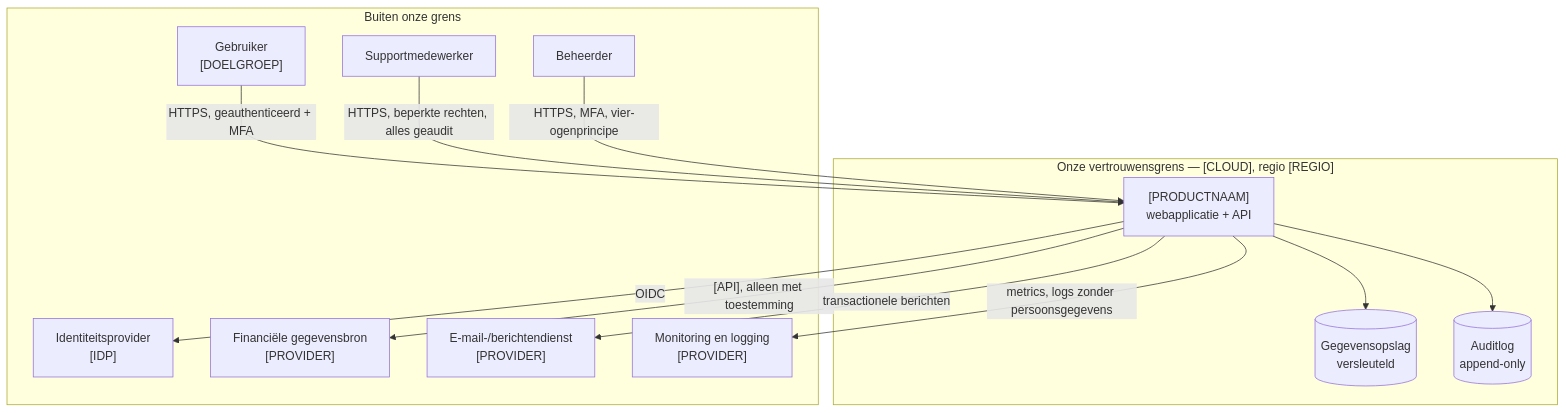
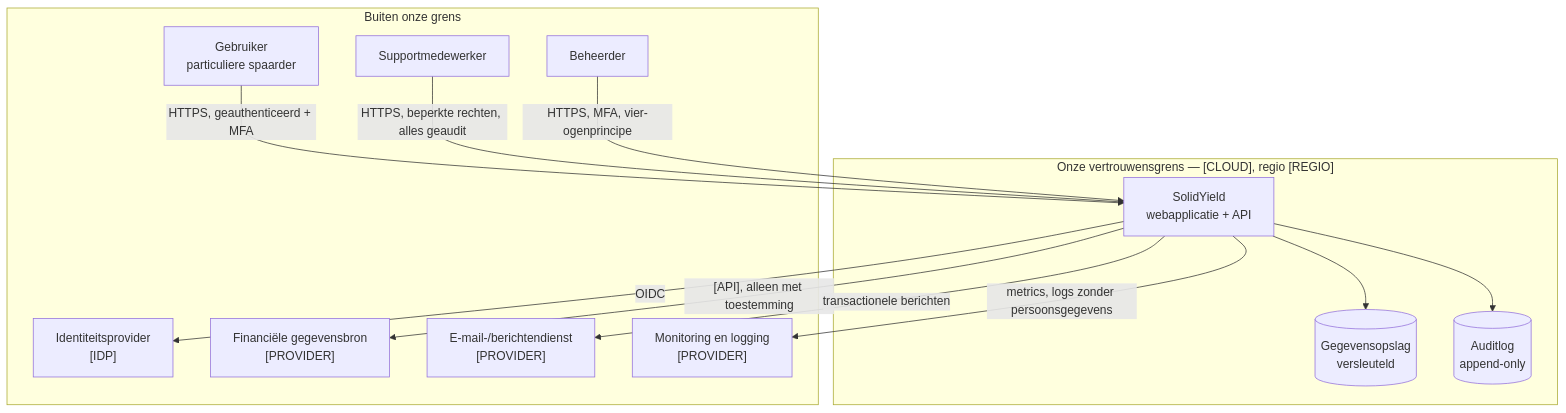
Before and after one commit to WildcatKSS/SolidYield: the diagram in docs/architecture/system-context.md, drawn with Mermaid. The commit also changed other lines of this file and 13 other files, not shown here.

First line of the commit message:
Besluit 1: productnaam, doelgroep, probleem en productdoel vastgesteld

````diff
--- a/docs/architecture/system-context.md
+++ b/docs/architecture/system-context.md
@@ -11,28 +11,28 @@
 ```mermaid
 graph TB
     subgraph external["Buiten onze grens"]
-        U["Gebruiker<br/>[DOELGROEP]"]
+        U["Gebruiker<br/>particuliere spaarder"]
         S["Supportmedewerker"]
         A["Beheerder"]
         IDP["Identiteitsprovider<br/>[IDP]"]
         FIN["Financiële gegevensbron<br/>[PROVIDER]"]
         MAIL["E-mail-/berichtendienst<br/>[PROVIDER]"]
         OBS["Monitoring en logging<br/>[PROVIDER]"]
     end
 
     subgraph trust["Onze vertrouwensgrens — [CLOUD], regio [REGIO]"]
-        APP["[PRODUCTNAAM]<br/>webapplicatie + API"]
+        APP["SolidYield<br/>webapplicatie + API"]
         DB[("Gegevensopslag<br/>versleuteld")]
         AUDIT[("Auditlog<br/>append-only")]
     end
 
     U -->|"HTTPS, geauthenticeerd + MFA"| APP
     S -->|"HTTPS, beperkte rechten, alles geaudit"| APP
     A -->|"HTTPS, MFA, vier-ogenprincipe"| APP
     APP -->|"OIDC"| IDP
     APP -->|"[API], alleen met toestemming"| FIN
     APP -->|"transactionele berichten"| MAIL
     APP --> DB
     APP --> AUDIT
     APP -->|"metrics, logs zonder persoonsgegevens"| OBS
 ```
````
